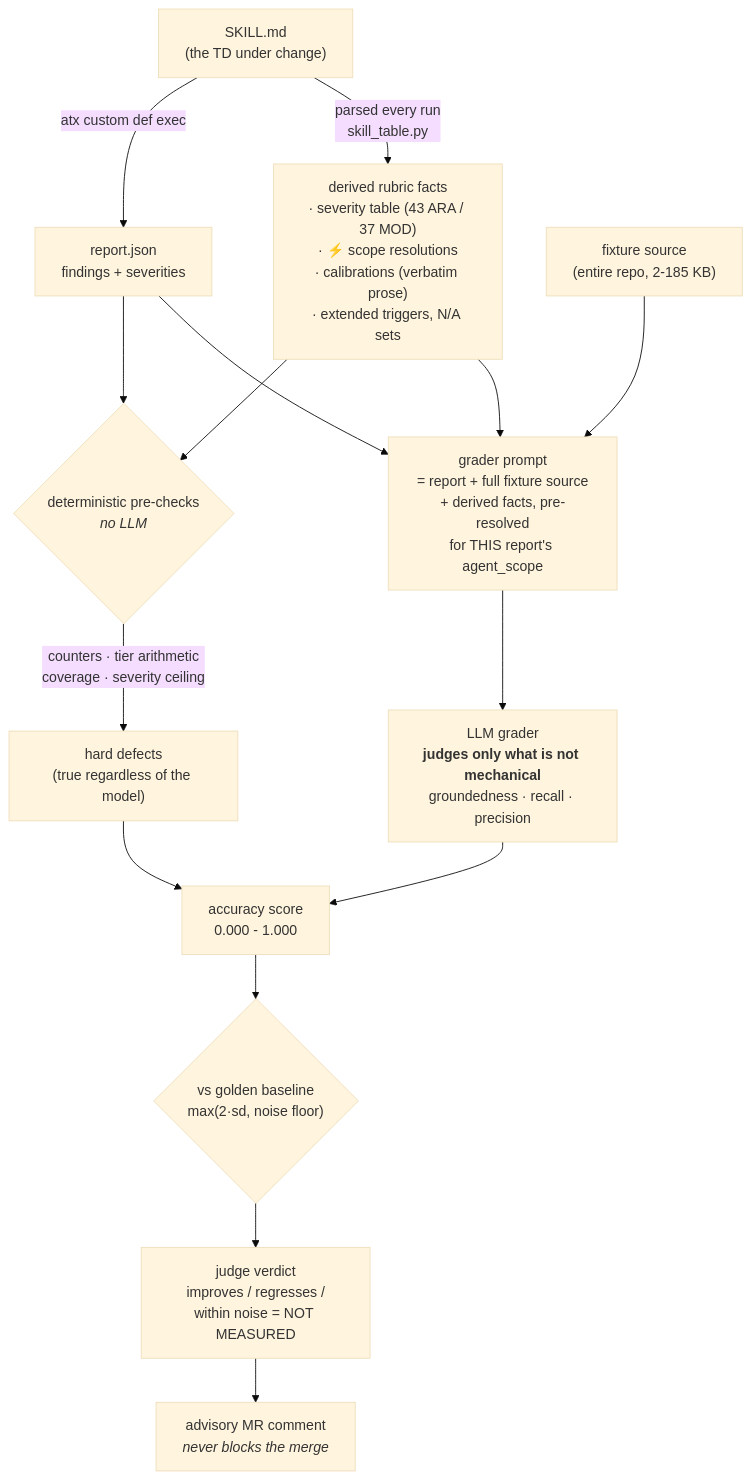
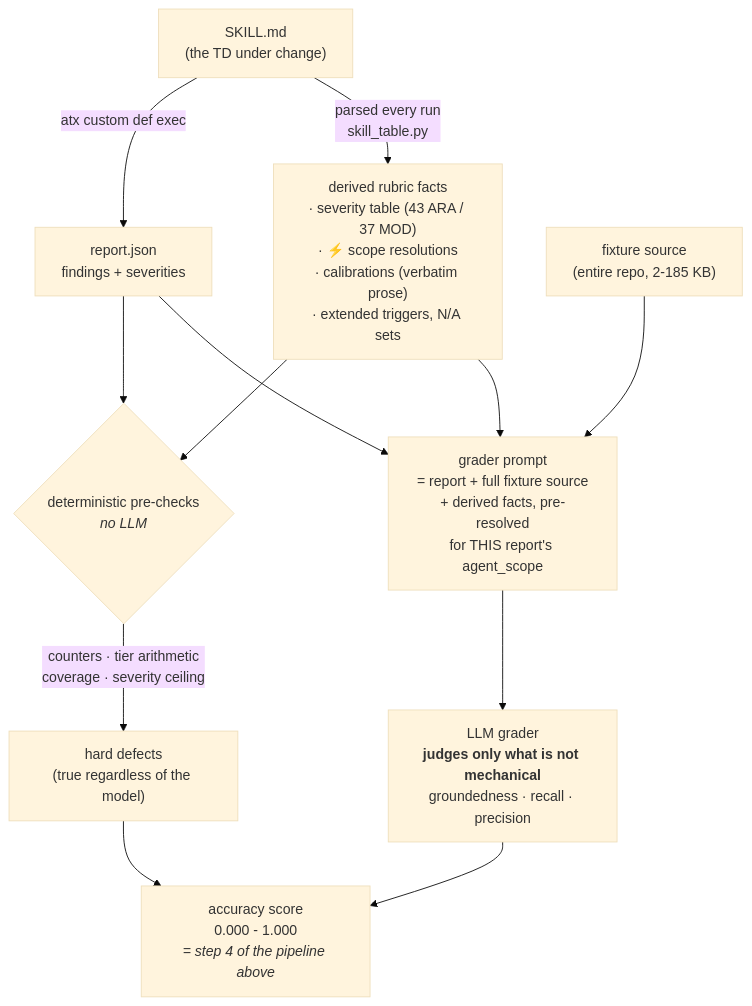
Before and after one commit to aws-samples/sample-agentic-readiness-analysis-orchestrator: the second of 2 diagrams in harness/README.md, drawn with Mermaid (base theme). The commit also changed other lines of this file, not shown here.

````diff
--- a/harness/README.md
+++ b/harness/README.md
@@ -284,23 +286,19 @@
 ```mermaid
 flowchart TD
     TD["SKILL.md<br/>(the TD under change)"]
 
     TD -->|"atx custom def exec"| RPT["report.json<br/>findings + severities"]
     TD -->|"parsed every run<br/>skill_table.py"| TBL["derived rubric facts<br/>· severity table (43 ARA / 37 MOD)<br/>· ⚡ scope resolutions<br/>· calibrations (verbatim prose)<br/>· extended triggers, N/A sets"]
 
     RPT --> DET{"deterministic pre-checks<br/><i>no LLM</i>"}
     TBL --> DET
     DET -->|"counters · tier arithmetic<br/>coverage · severity ceiling"| DEF["hard defects<br/>(true regardless of the model)"]
 
     RPT --> P["grader prompt<br/>= report + full fixture source<br/>+ derived facts, pre-resolved<br/>for THIS report's agent_scope"]
     TBL --> P
     SRC["fixture source<br/>(entire repo, 2-185 KB)"] --> P
 
     P --> LLM["LLM grader<br/><b>judges only what is not mechanical</b><br/>groundedness · recall · precision"]
-    LLM --> SCORE["accuracy score<br/>0.000 - 1.000"]
+    LLM --> SCORE["accuracy score<br/>0.000 - 1.000<br/><i>= step 4 of the pipeline above</i>"]
     DEF --> SCORE
-
-    SCORE --> CMP{"vs golden baseline<br/>max(2·sd, noise floor)"}
-    CMP --> V["judge verdict<br/>improves / regresses /<br/>within noise = NOT MEASURED"]
-    V --> MR["advisory MR comment<br/><i>never blocks the merge</i>"]
 ```
````
